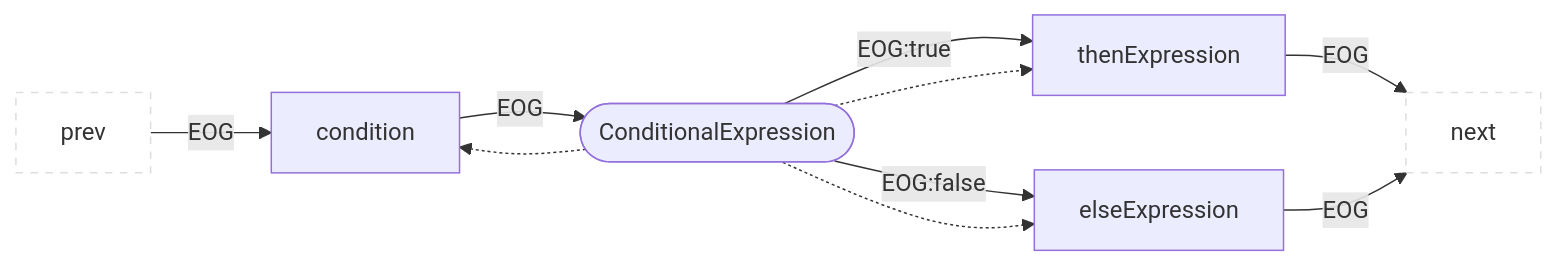
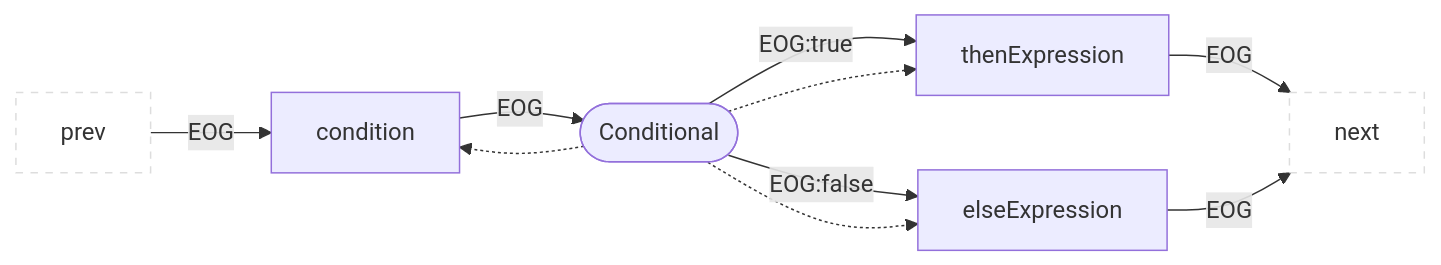
Before and after one commit to Fraunhofer-AISEC/cpg: diagram 32 of 49 in docs/docs/CPG/specs/eog.md, drawn with Mermaid. The commit also changed other lines of this file and 222 other files, not shown here.

````diff
--- a/docs/docs/CPG/specs/eog.md
+++ b/docs/docs/CPG/specs/eog.md
@@ -613,13 +613,13 @@
 ```mermaid
 flowchart LR
   classDef outer fill:#fff,stroke:#ddd,stroke-dasharray:5 5;
   prev:::outer --EOG--> child1["condition"]
-  child1 --EOG--> parent(["ConditionalExpression"])
+  child1 --EOG--> parent(["Conditional"])
   parent --EOG:true--> child2["thenExpression"]
   parent --EOG:false--> child3["elseExpression"]
   child2 --EOG--> next:::outer
   child3 --EOG--> next:::outer
   parent -.-> child1
   parent -.-> child2
   parent -.-> child3
 ```
````
